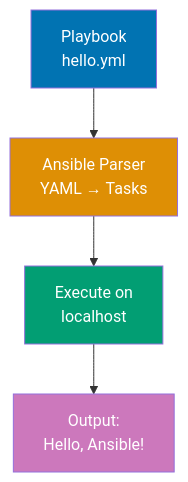
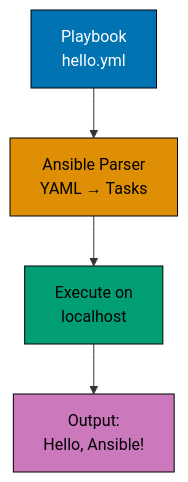
One commit to wahidyankf/ose-public changed the first of 8 diagrams in apps/ayokoding-www/content/en/learn/legacy/software-engineering/infrastructure/tools/ansible/by-example/beginner.md. Above: the diagram before and after it, drawn with Mermaid. The commit also changed other lines of this file and 131 other files, not shown here.

First line of the commit message:
fix(mermaid): bring the legacy data, infrastructure, and testing diagrams onto the accessible palette

````diff
--- a/apps/ayokoding-www/content/en/learn/legacy/software-engineering/infrastructure/tools/ansible/by-example/beginner.md
+++ b/apps/ayokoding-www/content/en/learn/legacy/software-engineering/infrastructure/tools/ansible/by-example/beginner.md
@@ -18,12 +18,19 @@
 ```mermaid
 %% Color Palette: Blue #0173B2, Orange #DE8F05, Teal #029E73, Purple #CC78BC, Brown #CA9161
 graph TD
+ accTitle: Example 1: Hello World Playbook
+ accDescr: Graph with 4 nodes and 3 connections. Nodes: Playbook hello.yml, Ansible Parser YAML → Tasks, Execute on localhost, Output: Hello, Ansible!. Connections: Playbook hello.yml to Ansible Parser YAML → Tasks, Ansible Parser YAML → Tasks to Execute on localhost, Execute on localhost to Output: Hello, Ansible!.
  A["Playbook<br/>hello.yml"] --> B["Ansible Parser<br/>YAML → Tasks"]
  B --> C["Execute on<br/>localhost"]
  C --> D["Output:<br/>Hello, Ansible!"]
 
- style A fill:#0173B2,color:#fff
- style B fill:#DE8F05,color:#fff
- style C fill:#029E73,color:#fff
- style D fill:#CC78BC,color:#fff
+ classDef pal-0173B2 fill:#0173B2,stroke:#000000,color:#FFFFFF
+ class A pal-0173B2
+ classDef pal-DE8F05 fill:#DE8F05,stroke:#000000,color:#000000
+ class B pal-DE8F05
+ classDef pal-029E73 fill:#029E73,stroke:#000000,color:#000000
+ class C pal-029E73
+ classDef pal-CC78BC fill:#CC78BC,stroke:#000000,color:#000000
+ class D pal-CC78BC
+ classDef default fill:#FFFFFF,stroke:#000000,color:#000000
 ```
````
